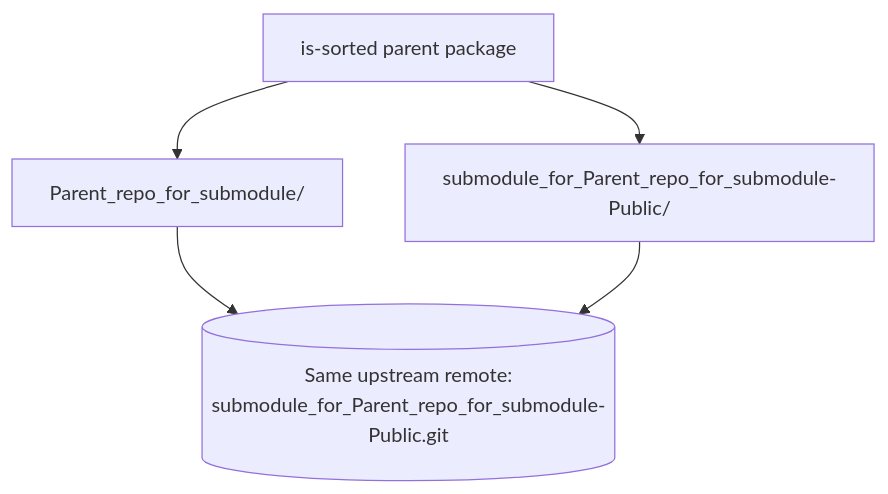
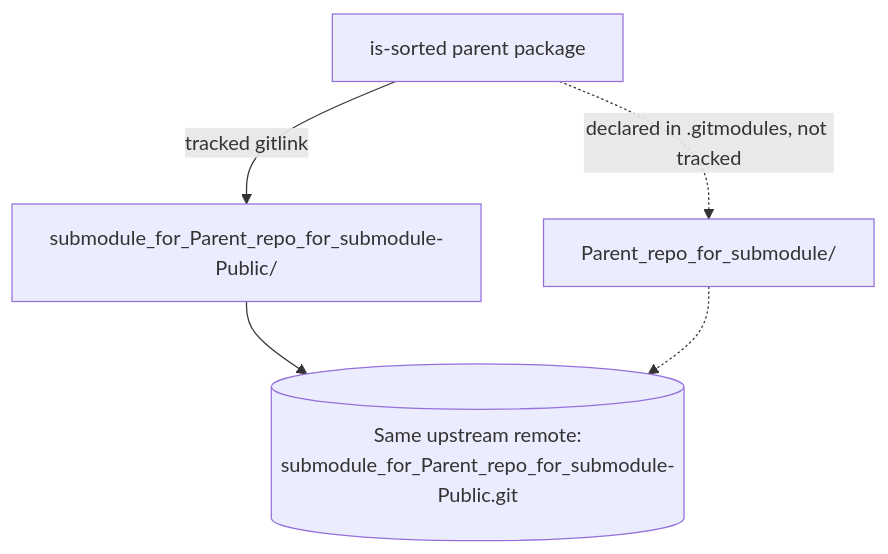
Before and after one commit to lakshya-blitzy/Parent_repo_for_submodule: the second of 2 diagrams in README.md, drawn with Mermaid. The commit also changed other lines of this file, not shown here.

First line of the commit message:
docs(README): resolve review findings — distinguish declared vs tracked submodules; correct typed-contract & citations

````diff
--- a/README.md
+++ b/README.md
@@ -175,7 +178,7 @@
 ```mermaid
 graph TD
-    P[is-sorted parent package] --> M1[Parent_repo_for_submodule/]
-    P --> M2[submodule_for_Parent_repo_for_submodule-Public/]
-    M1 --> R[(Same upstream remote:<br/>submodule_for_Parent_repo_for_submodule-Public.git)]
-    M2 --> R
+    P[is-sorted parent package] -->|tracked gitlink| M2[submodule_for_Parent_repo_for_submodule-Public/]
+    P -.->|declared in .gitmodules, not tracked| M1[Parent_repo_for_submodule/]
+    M2 --> R[(Same upstream remote:<br/>submodule_for_Parent_repo_for_submodule-Public.git)]
+    M1 -.-> R
 ```
````
